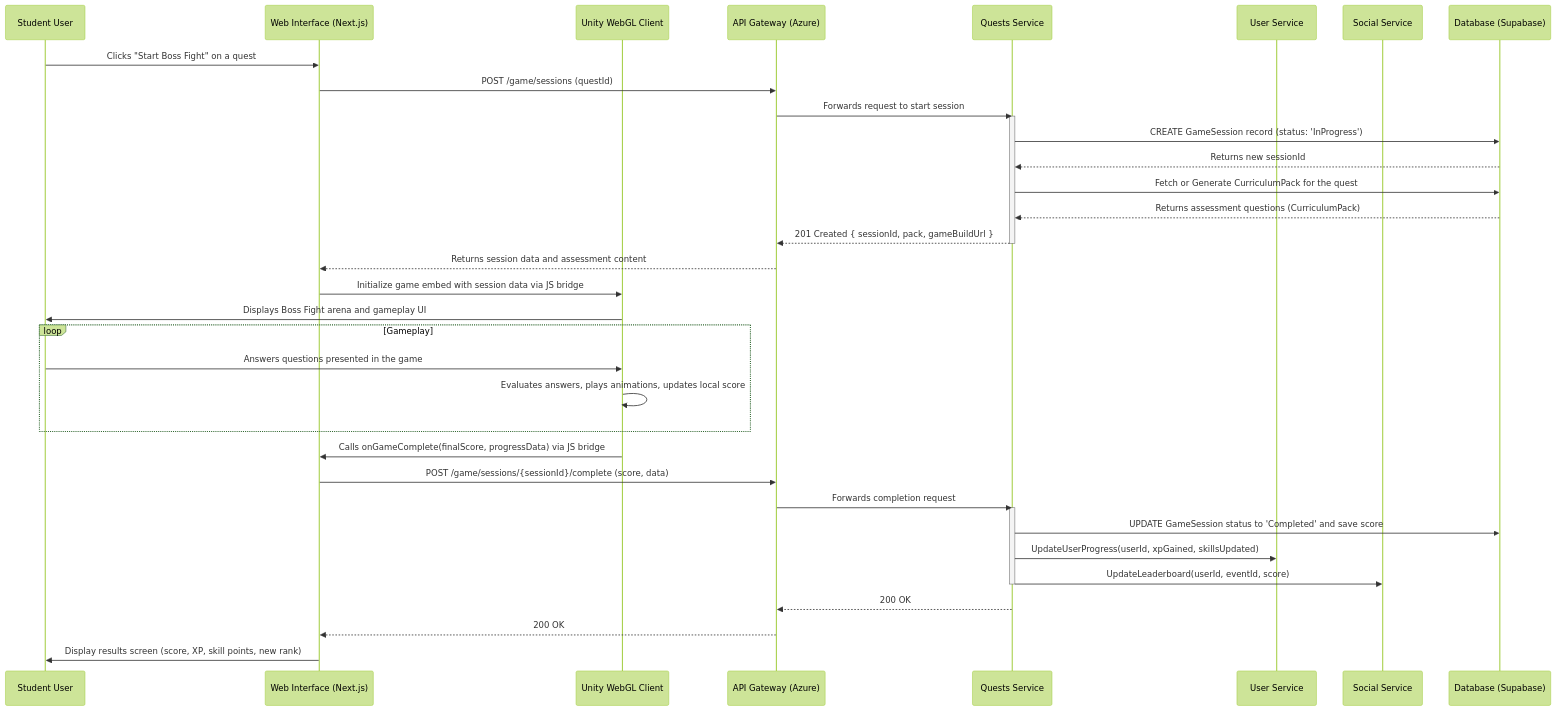
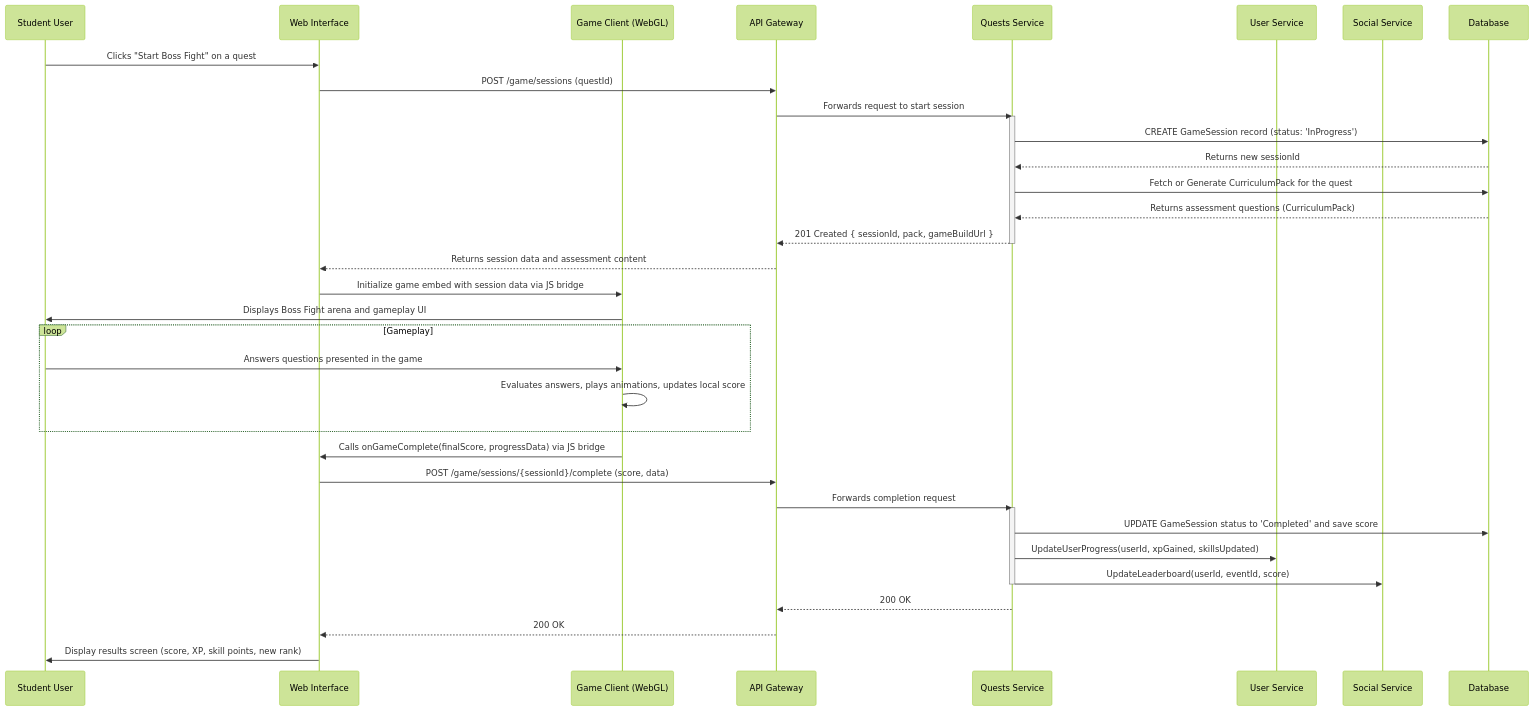
Before and after one commit to FA25SE050-RogueLearn/RogueLearn.BMAD.Documentation: the diagram in mermaid-diagrams/sequence/03-boss-fight-assessment.md, drawn with Mermaid (forest theme). The commit also changed 1 other file, not shown here.

Commit message:
fix: updates the tags to be generic techonologies

````diff
--- a/mermaid-diagrams/sequence/03-boss-fight-assessment.md
+++ b/mermaid-diagrams/sequence/03-boss-fight-assessment.md
@@ -3,57 +3,57 @@
 ```mermaid
 sequenceDiagram
     participant U as Student User
-    participant UI as Web Interface (Next.js)
-    participant Unity as Unity WebGL Client
-    participant APIGateway as API Gateway (Azure)
+    participant UI as Web Interface
+    participant GameClient as Game Client (WebGL)
+    participant APIGateway as API Gateway
     participant QuestsService as Quests Service
     participant UserService as User Service
     participant SocialService as Social Service
-    participant Database as Database (Supabase)
+    participant Database as Database
 
     %% Step 1: User starts the assessment from the web UI %%
     U->>UI: Clicks "Start Boss Fight" on a quest
     UI->>APIGateway: POST /game/sessions (questId)
     APIGateway->>QuestsService: Forwards request to start session
 
     %% Step 2: Backend creates a game session and fetches the assessment content %%
     activate QuestsService
     QuestsService->>Database: CREATE GameSession record (status: 'InProgress')
     Database-->>QuestsService: Returns new sessionId
     QuestsService->>Database: Fetch or Generate CurriculumPack for the quest
     Database-->>QuestsService: Returns assessment questions (CurriculumPack)
     
     QuestsService-->>APIGateway: 201 Created { sessionId, pack, gameBuildUrl }
     deactivate QuestsService
     APIGateway-->>UI: Returns session data and assessment content
 
-    %% Step 3: Web UI launches the Unity client with the session data %%
-    UI->>Unity: Initialize game embed with session data via JS bridge
-    Unity->>U: Displays Boss Fight arena and gameplay UI
+    %% Step 3: Web UI launches the game client with the session data %%
+    UI->>GameClient: Initialize game embed with session data via JS bridge
+    GameClient->>U: Displays Boss Fight arena and gameplay UI
 
-    %% Step 4: Gameplay loop is handled entirely within the Unity client %%
+    %% Step 4: Gameplay loop is handled entirely within the game client %%
     loop Gameplay
-        U->>Unity: Answers questions presented in the game
-        Unity->>Unity: Evaluates answers, plays animations, updates local score
+        U->>GameClient: Answers questions presented in the game
+        GameClient->>GameClient: Evaluates answers, plays animations, updates local score
     end
 
-    %% Step 5: Unity client reports final score back to the web UI upon completion %%
-    Unity->>UI: Calls onGameComplete(finalScore, progressData) via JS bridge
+    %% Step 5: Game client reports final score back to the web UI upon completion %%
+    GameClient->>UI: Calls onGameComplete(finalScore, progressData) via JS bridge
     
     %% Step 6: Web UI sends the final results to the backend %%
     UI->>APIGateway: POST /game/sessions/{sessionId}/complete (score, data)
     APIGateway->>QuestsService: Forwards completion request
 
     %% Step 7: Backend finalizes the session and updates all relevant user data %%
     activate QuestsService
     QuestsService->>Database: UPDATE GameSession status to 'Completed' and save score
     QuestsService->>UserService: UpdateUserProgress(userId, xpGained, skillsUpdated)
     QuestsService->>SocialService: UpdateLeaderboard(userId, eventId, score)
     deactivate QuestsService
     
     QuestsService-->>APIGateway: 200 OK
     APIGateway-->>UI: 200 OK
 
     %% Step 8: User sees their final results on the web UI %%
     UI->>U: Display results screen (score, XP, skill points, new rank)
 ```
````
